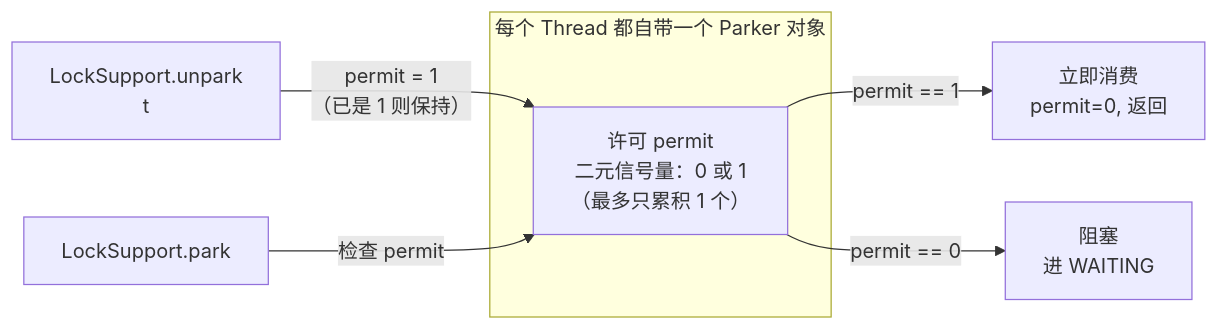
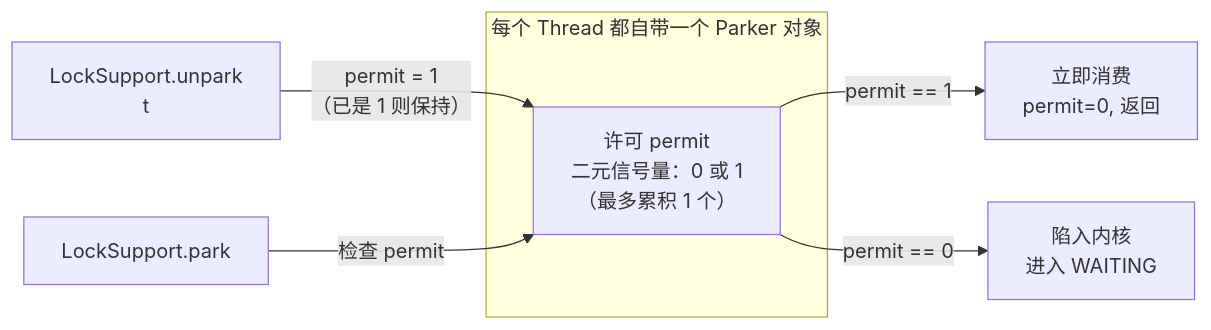
One commit to b1tzer/b1tzer.github.io changed the second of 3 diagrams in docs/01-java-basic/11-并发基础：JMM 与线程同步 —— 硬件屏障、Mark Word 位跃迁与 LOCK CMPXCHG 的物理真相.md. Above: the diagram before and after it, drawn with Mermaid. The commit also changed other lines of this file and 23 other files, not shown here.

````diff
--- a/docs/01-java-basic/11-并发基础：JMM 与线程同步 —— 硬件屏障、Mark Word 位跃迁与 LOCK CMPXCHG 的物理真相.md
+++ b/docs/01-java-basic/11-并发基础：JMM 与线程同步 —— 硬件屏障、Mark Word 位跃迁与 LOCK CMPXCHG 的物理真相.md
@@ -267,11 +388,11 @@
 ```mermaid
 flowchart LR
     subgraph "每个 Thread 都自带一个 Parker 对象"
-        P["许可 permit<br/>二元信号量：0 或 1<br/>（最多只累积 1 个）"]
+        P["许可 permit<br/>二元信号量：0 或 1<br/>（最多累积 1 个）"]
     end
 
     U[LockSupport.unpark<br/>t] -->|"permit = 1<br/>（已是 1 则保持）"| P
     PK[LockSupport.park] -->|"检查 permit"| P
     P -->|permit == 1| R1["立即消费<br/>permit=0, 返回"]
-    P -->|permit == 0| R2["阻塞<br/>进 WAITING"]
+    P -->|permit == 0| R2["陷入内核<br/>进入 WAITING"]
 ```
````
